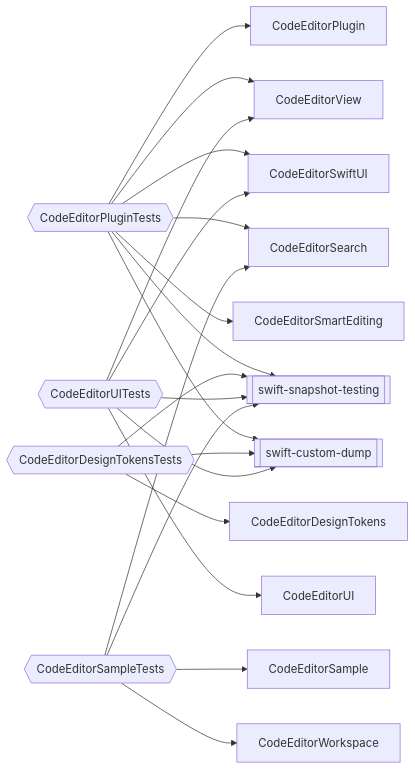
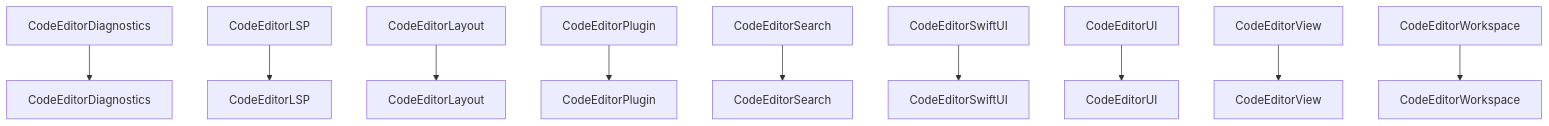
One commit to ajmcclary/CodeEditorKit changed the diagram in docs/Diagrams/25-package-dependencies.md. Above: the diagram before and after it, drawn with Mermaid. The commit also changed other lines of this file and 89 other files, not shown here.

````diff
--- a/docs/Diagrams/25-package-dependencies.md
+++ b/docs/Diagrams/25-package-dependencies.md
@@ -94,25 +5,21 @@
 ```mermaid
-flowchart LR
-    PluginTests{{CodeEditorPluginTests}} --> Plugin["CodeEditorPlugin"]
-    PluginTests --> View["CodeEditorView"]
-    PluginTests --> SwiftUI["CodeEditorSwiftUI"]
-    PluginTests --> Search["CodeEditorSearch"]
-    PluginTests --> SmartEditing["CodeEditorSmartEditing"]
-    PluginTests --> SnapshotTesting[[swift-snapshot-testing]]
-    PluginTests --> CustomDump[[swift-custom-dump]]
-
-    TokensTests{{CodeEditorDesignTokensTests}} --> Tokens["CodeEditorDesignTokens"]
-    TokensTests --> SnapshotTesting
-    TokensTests --> CustomDump
-
-    UITests{{CodeEditorUITests}} --> UI["CodeEditorUI"]
-    UITests --> SwiftUI
-    UITests --> View
-    UITests --> SnapshotTesting
-    UITests --> CustomDump
-
-    SampleTests{{CodeEditorSampleTests}} --> Sample["CodeEditorSample"]
-    SampleTests --> Search
-    SampleTests --> Workspace["CodeEditorWorkspace"]
-    SampleTests --> SnapshotTesting
+graph TD
+    product_CodeEditorDiagnostics["CodeEditorDiagnostics"]
+    product_CodeEditorDiagnostics --> target_CodeEditorDiagnostics["CodeEditorDiagnostics"]
+    product_CodeEditorLSP["CodeEditorLSP"]
+    product_CodeEditorLSP --> target_CodeEditorLSP["CodeEditorLSP"]
+    product_CodeEditorLayout["CodeEditorLayout"]
+    product_CodeEditorLayout --> target_CodeEditorLayout["CodeEditorLayout"]
+    product_CodeEditorPlugin["CodeEditorPlugin"]
+    product_CodeEditorPlugin --> target_CodeEditorPlugin["CodeEditorPlugin"]
+    product_CodeEditorSearch["CodeEditorSearch"]
+    product_CodeEditorSearch --> target_CodeEditorSearch["CodeEditorSearch"]
+    product_CodeEditorSwiftUI["CodeEditorSwiftUI"]
+    product_CodeEditorSwiftUI --> target_CodeEditorSwiftUI["CodeEditorSwiftUI"]
+    product_CodeEditorUI["CodeEditorUI"]
+    product_CodeEditorUI --> target_CodeEditorUI["CodeEditorUI"]
+    product_CodeEditorView["CodeEditorView"]
+    product_CodeEditorView --> target_CodeEditorView["CodeEditorView"]
+    product_CodeEditorWorkspace["CodeEditorWorkspace"]
+    product_CodeEditorWorkspace --> target_CodeEditorWorkspace["CodeEditorWorkspace"]
 ```
````
